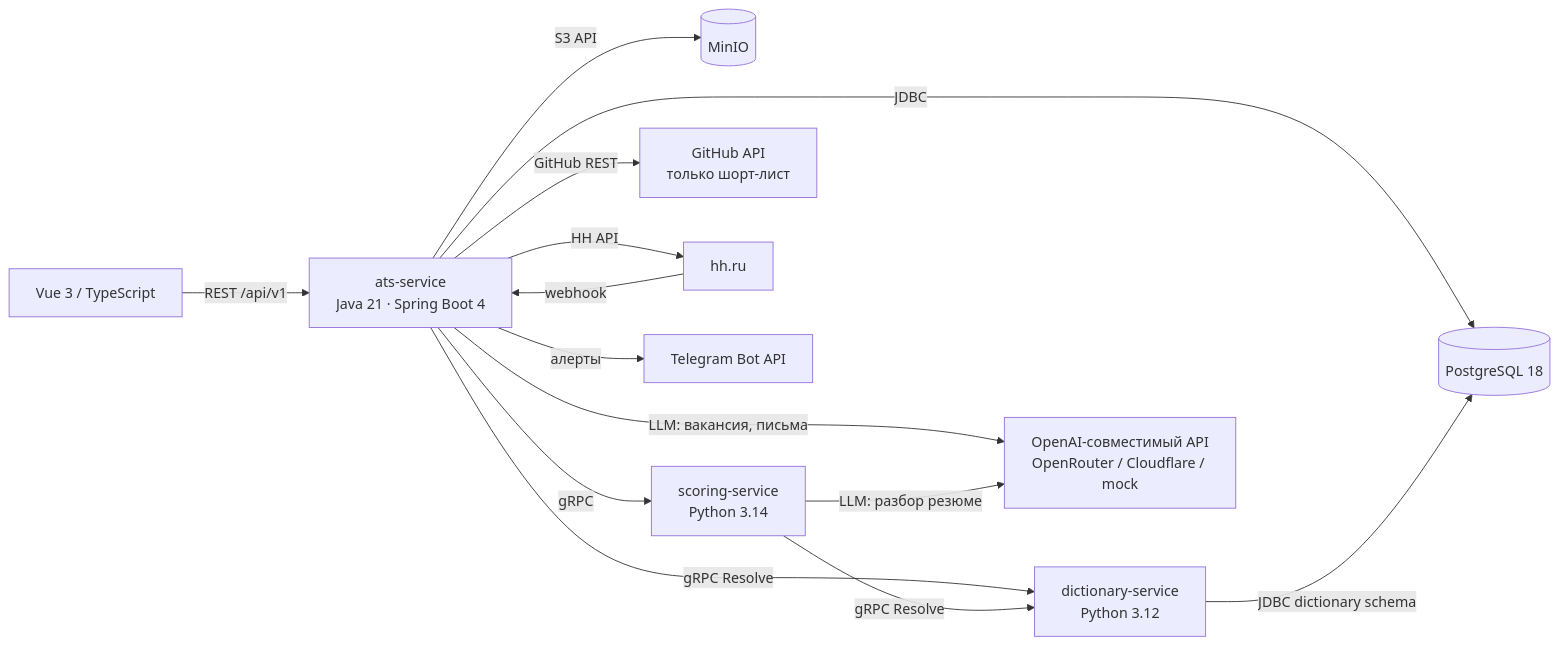
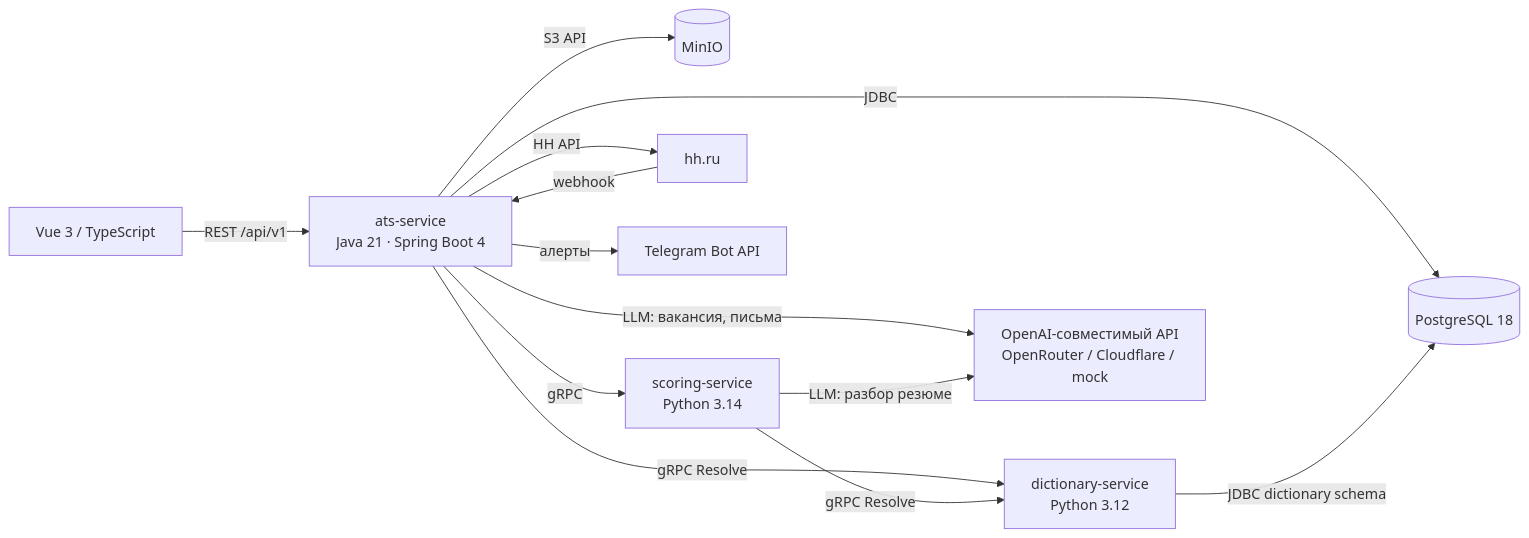
Before and after one commit to MiZentUi/tracing_ats: the diagram in README.md, drawn with Mermaid. The commit also changed other lines of this file, not shown here.

````diff
--- a/README.md
+++ b/README.md
@@ -20,16 +84,15 @@
 ```mermaid
 flowchart LR
     UI["Vue 3 / TypeScript"] -->|REST /api/v1| ATS["ats-service<br/>Java 21 · Spring Boot 4"]
     ATS -->|JDBC| PG[("PostgreSQL 18")]
     ATS -->|S3 API| S3[("MinIO")]
     ATS -->|gRPC| SC["scoring-service<br/>Python 3.14"]
     ATS -->|gRPC Resolve| DICT["dictionary-service<br/>Python 3.12"]
     SC -->|gRPC Resolve| DICT
     DICT -->|JDBC dictionary schema| PG
     ATS -->|LLM: вакансия, письма| LLM["OpenAI-совместимый API<br/>OpenRouter / Cloudflare / mock"]
     SC -->|LLM: разбор резюме| LLM
-    ATS -->|GitHub REST| GH["GitHub API<br/>только шорт-лист"]
     ATS -->|HH API| HH["hh.ru"]
     HH -->|webhook| ATS
     ATS -->|алерты| TG["Telegram Bot API"]
 ```
````
